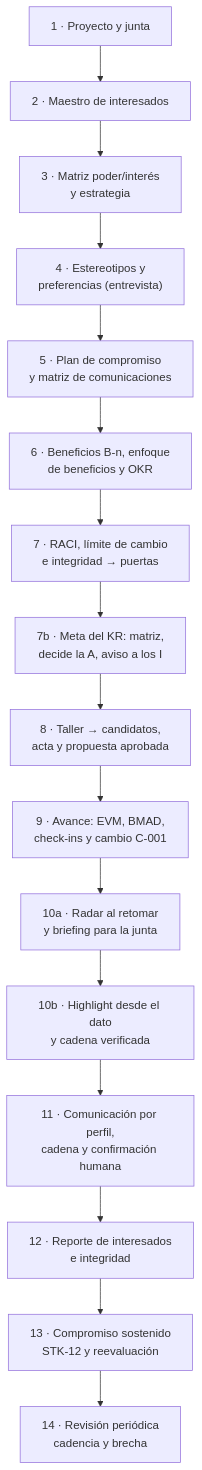
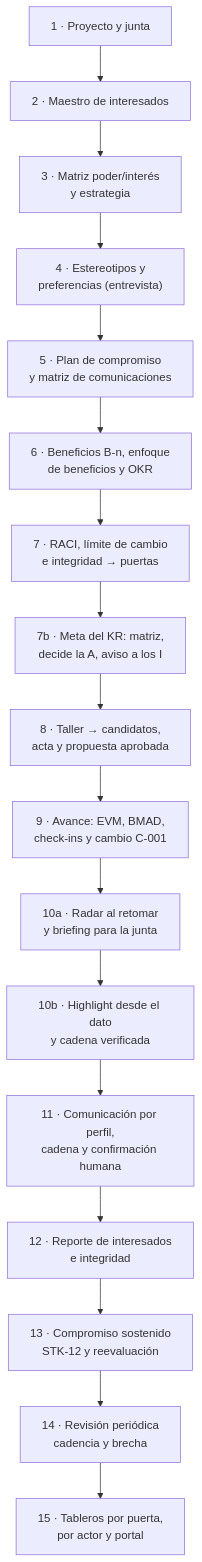
Before and after one commit to Arturo-Penas-Rial/pm-method: the first of 3 diagrams in docs/guias/E2E-3-interesados-okr-avance.md, drawn with Mermaid. The commit also changed other lines of this file and 240 other files, not shown here.

Commit message:
pm-method 2.7.0: portal unificado de pm-kb (tableros con historial congelado en cada puerta, tarjetas-enlace, artefactos, enlaces compartidos y tableros por actor)

````diff
--- a/docs/guias/E2E-3-interesados-okr-avance.md
+++ b/docs/guias/E2E-3-interesados-okr-avance.md
@@ -117,11 +121,12 @@
 ```mermaid
 flowchart TB
     a["1 · Proyecto y junta"] --> b["2 · Maestro de interesados"]
     b --> c["3 · Matriz poder/interés<br/>y estrategia"] --> d["4 · Estereotipos y<br/>preferencias (entrevista)"]
     d --> e["5 · Plan de compromiso<br/>y matriz de comunicaciones"] --> f["6 · Beneficios B-n, enfoque<br/>de beneficios y OKR"]
     f --> g["7 · RACI, límite de cambio<br/>e integridad → puertas"] --> g2["7b · Meta del KR: matriz,<br/>decide la A, aviso a los I"]
     g2 --> h["8 · Taller → candidatos,<br/>acta y propuesta aprobada"]
     h --> i["9 · Avance: EVM, BMAD,<br/>check-ins y cambio C-001"] --> j["10a · Radar al retomar<br/>y briefing para la junta"]
     j --> j2["10b · Highlight desde el dato<br/>y cadena verificada"] --> k["11 · Comunicación por perfil,<br/>cadena y confirmación humana"] --> l["12 · Reporte de interesados<br/>e integridad"]
     l --> m["13 · Compromiso sostenido<br/>STK-12 y reevaluación"] --> n["14 · Revisión periódica<br/>cadencia y brecha"]
+    n --> o["15 · Tableros por puerta,<br/>por actor y portal"]
 ```
````
